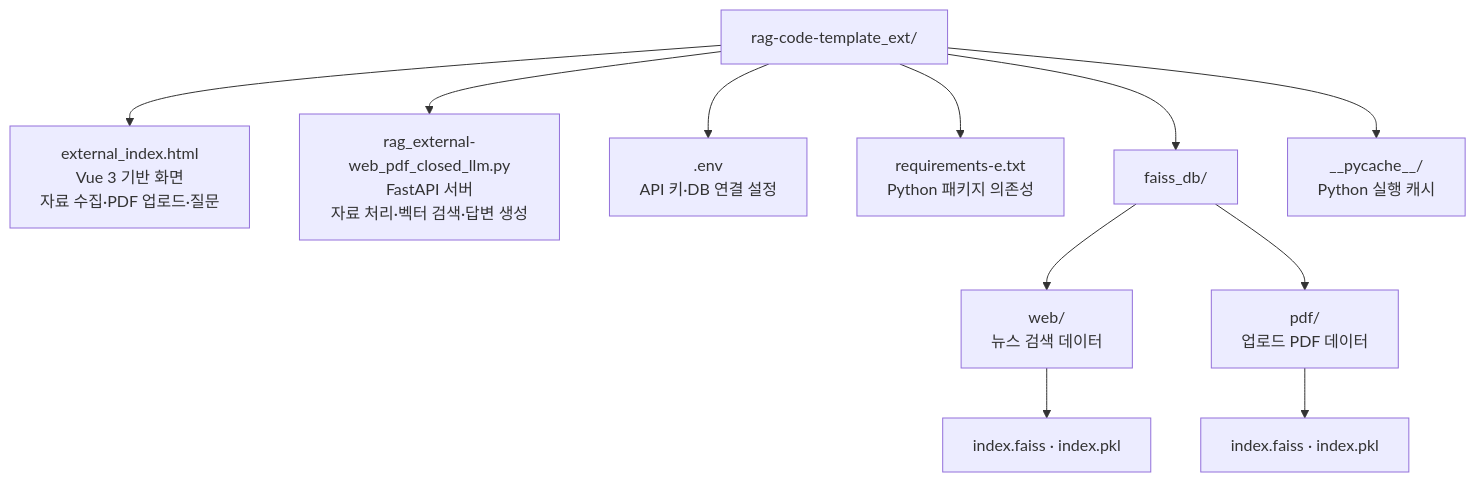
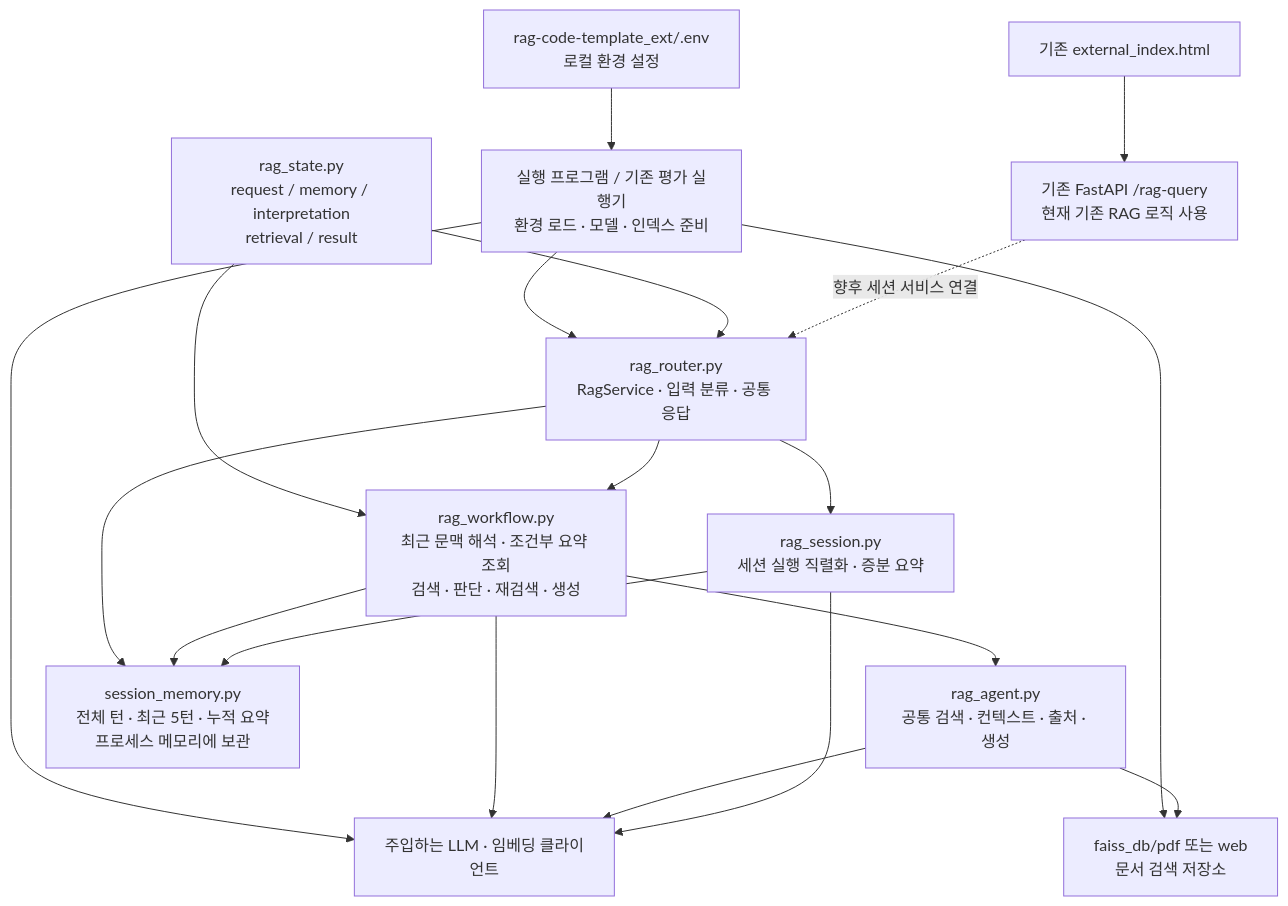
The diagram in rag-code-template_ext/프로젝트 구조.md (chanmi05/Skala-mini-project), drawn with Mermaid before and after one commit. The commit also changed other lines of this file and 83 other files, not shown here.

````diff
--- a/rag-code-template_ext/프로젝트 구조.md
+++ b/rag-code-template_ext/프로젝트 구조.md
@@ -7,15 +95,34 @@
 ```mermaid
 flowchart TD
-    ROOT["rag-code-template_ext/"]
-    ROOT --> UI["external_index.html<br/>Vue 3 기반 화면<br/>자료 수집·PDF 업로드·질문"]
-    ROOT --> API["rag_external-web_pdf_closed_llm.py<br/>FastAPI 서버<br/>자료 처리·벡터 검색·답변 생성"]
-    ROOT --> ENV[".env<br/>API 키·DB 연결 설정"]
-    ROOT --> REQ["requirements-e.txt<br/>Python 패키지 의존성"]
-    ROOT --> DB["faiss_db/"]
-    ROOT --> CACHE["__pycache__/<br/>Python 실행 캐시"]
+    ENV["rag-code-template_ext/.env<br/>로컬 환경 설정"]
+    RUNNER["실행 프로그램 / 기존 평가 실행기<br/>환경 로드 · 모델 · 인덱스 준비"]
+    MODEL["주입하는 LLM · 임베딩 클라이언트"]
+    INDEX["faiss_db/pdf 또는 web<br/>문서 검색 저장소"]
+    ROUTER["rag_router.py<br/>RagService · 입력 분류 · 공통 응답"]
+    STATE["rag_state.py<br/>request / memory / interpretation<br/>retrieval / result"]
+    GRAPH["rag_workflow.py<br/>최근 문맥 해석 · 조건부 요약 조회<br/>검색 · 판단 · 재검색 · 생성"]
+    AGENT["rag_agent.py<br/>공통 검색 · 컨텍스트 · 출처 · 생성"]
+    SESSION["rag_session.py<br/>세션 실행 직렬화 · 증분 요약"]
+    MEMORY["session_memory.py<br/>전체 턴 · 최근 5턴 · 누적 요약<br/>프로세스 메모리에 보관"]
+    API["기존 FastAPI /rag-query<br/>현재 기존 RAG 로직 사용"]
+    UI["기존 external_index.html"]
 
-    DB --> WEB["web/<br/>뉴스 검색 데이터"]
-    DB --> PDF["pdf/<br/>업로드 PDF 데이터"]
-    WEB --> WI["index.faiss · index.pkl"]
-    PDF --> PI["index.faiss · index.pkl"]
+    ENV --> RUNNER
+    RUNNER --> MODEL
+    RUNNER --> INDEX
+    RUNNER --> ROUTER
+    STATE --> ROUTER
+    STATE --> GRAPH
+    ROUTER --> GRAPH
+    GRAPH --> AGENT
+    AGENT --> INDEX
+    GRAPH --> MODEL
+    AGENT --> MODEL
+    ROUTER --> SESSION
+    ROUTER --> MEMORY
+    GRAPH --> MEMORY
+    SESSION --> MEMORY
+    SESSION --> MODEL
+    UI --> API
+    API -.->|"향후 세션 서비스 연결"| ROUTER
 ```
````
